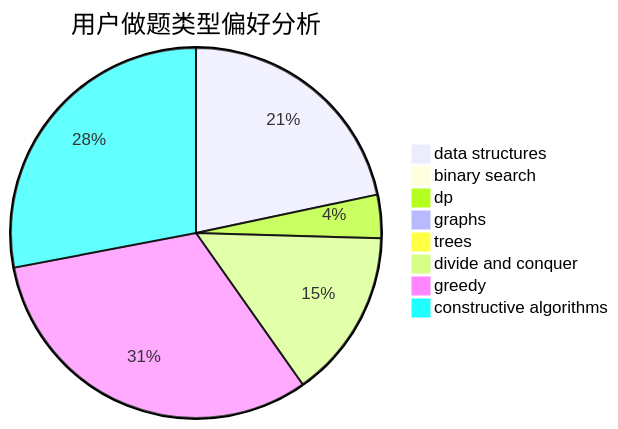
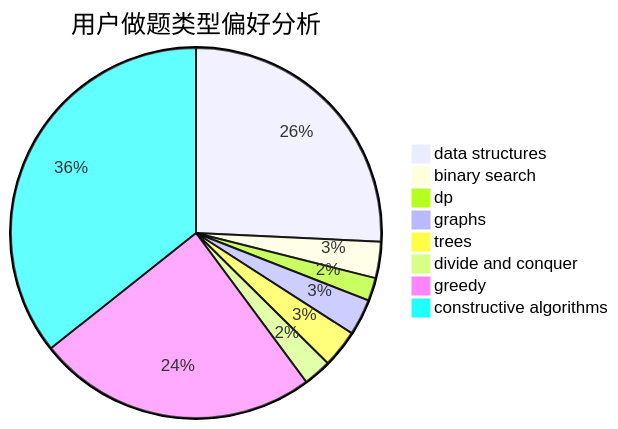
Before and after one commit to sherpahu/cfrs.github.io: the second of 3 diagrams in docs/user/u670.md, drawn with Mermaid. The commit also changed other lines of this file and 2770 other files, not shown here.

````diff
--- a/docs/user/u670.md
+++ b/docs/user/u670.md
@@ -23,11 +23,11 @@
 ```mermaid
 pie title 用户做题类型偏好分析
-    "data structures" :  264
-    "binary search" :  8
-    "dp" :  46
-    "graphs" :  2
-    "trees" :  2
-    "divide and conquer" :  180
-    "greedy" :  387
-    "constructive algorithms" :  341
+    "data structures" :  179
+    "binary search" :  22
+    "dp" :  14
+    "graphs" :  22
+    "trees" :  23
+    "divide and conquer" :  17
+    "greedy" :  170
+    "constructive algorithms" :  248
 ```
````
